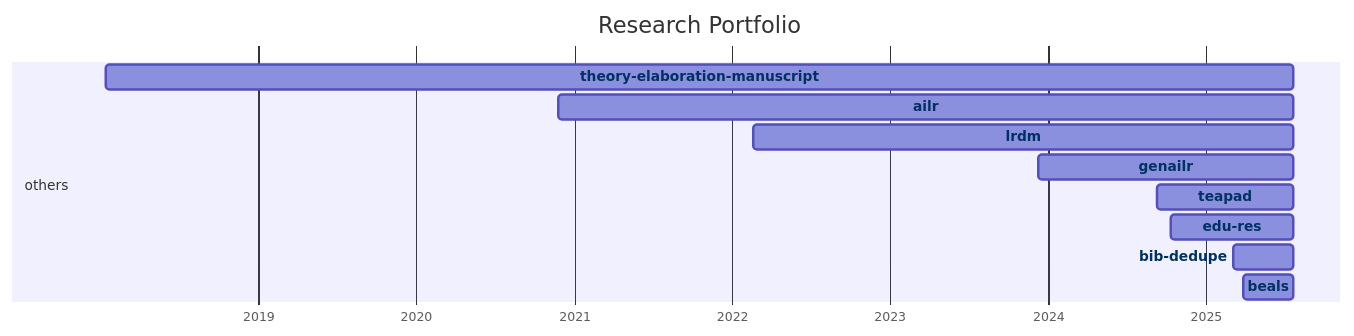
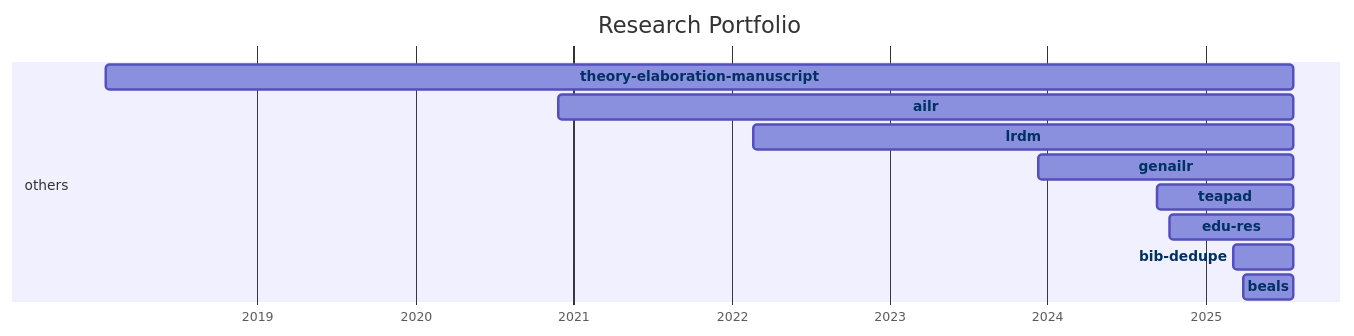
Before and after one commit to digital-work-lab/handbook: the diagram in docs/20-research/25-projects-gantt.md, drawn with Mermaid. The commit also changed 3 other files, not shown here.

````diff
--- a/docs/20-research/25-projects-gantt.md
+++ b/docs/20-research/25-projects-gantt.md
@@ -8,35 +8,35 @@
 ```mermaid
 ---
 displayMode: compact
 ---
 gantt
 title Research Portfolio
 dateFormat YYYY-MM-DD
 axisFormat %Y
 
     section work_practices
 
     section distributed_organizing
 
     section knowledge_synthesis
 
     section others
-        beals :beals, 2025-03-28, 2025-07-21
-        bib-dedupe :bib-dedupe, 2025-03-04, 2025-07-21
-        edu-res :edu-res, 2024-10-10, 2025-07-21
-        teapad :teapad, 2024-09-10, 2025-07-21
-        genailr :genailr, 2023-12-10, 2025-07-21
-        lrdm :lrdm, 2022-02-20, 2025-07-21
-        ailr :ailr, 2020-11-26, 2025-07-21
-        theory-elaboration-manuscript :theory-elaboration-manuscript, 2018-01-15, 2025-07-21
+        beals :beals, 2025-03-28, 2025-07-22
+        bib-dedupe :bib-dedupe, 2025-03-04, 2025-07-22
+        edu-res :edu-res, 2024-10-10, 2025-07-22
+        teapad :teapad, 2024-09-10, 2025-07-22
+        genailr :genailr, 2023-12-10, 2025-07-22
+        lrdm :lrdm, 2022-02-20, 2025-07-22
+        ailr :ailr, 2020-11-26, 2025-07-22
+        theory-elaboration-manuscript :theory-elaboration-manuscript, 2018-01-15, 2025-07-22
 
 
     click beals href "{{ site.baseurl }}/docs/10-lab/18-resources/beals.html"
     click bib-dedupe href "{{ site.baseurl }}/docs/10-lab/18-resources/bib-dedupe.html"
     click edu-res href "{{ site.baseurl }}/docs/10-lab/18-resources/edu-res.html"
     click teapad href "{{ site.baseurl }}/docs/10-lab/18-resources/teapad.html"
     click genailr href "{{ site.baseurl }}/docs/10-lab/18-resources/genailr.html"
     click lrdm href "{{ site.baseurl }}/docs/10-lab/18-resources/lrdm.html"
     click ailr href "{{ site.baseurl }}/docs/10-lab/18-resources/ailr.html"
     click theory-elaboration-manuscript href "{{ site.baseurl }}/docs/10-lab/18-resources/theory-elaboration-manuscript.html"
 ```
````
